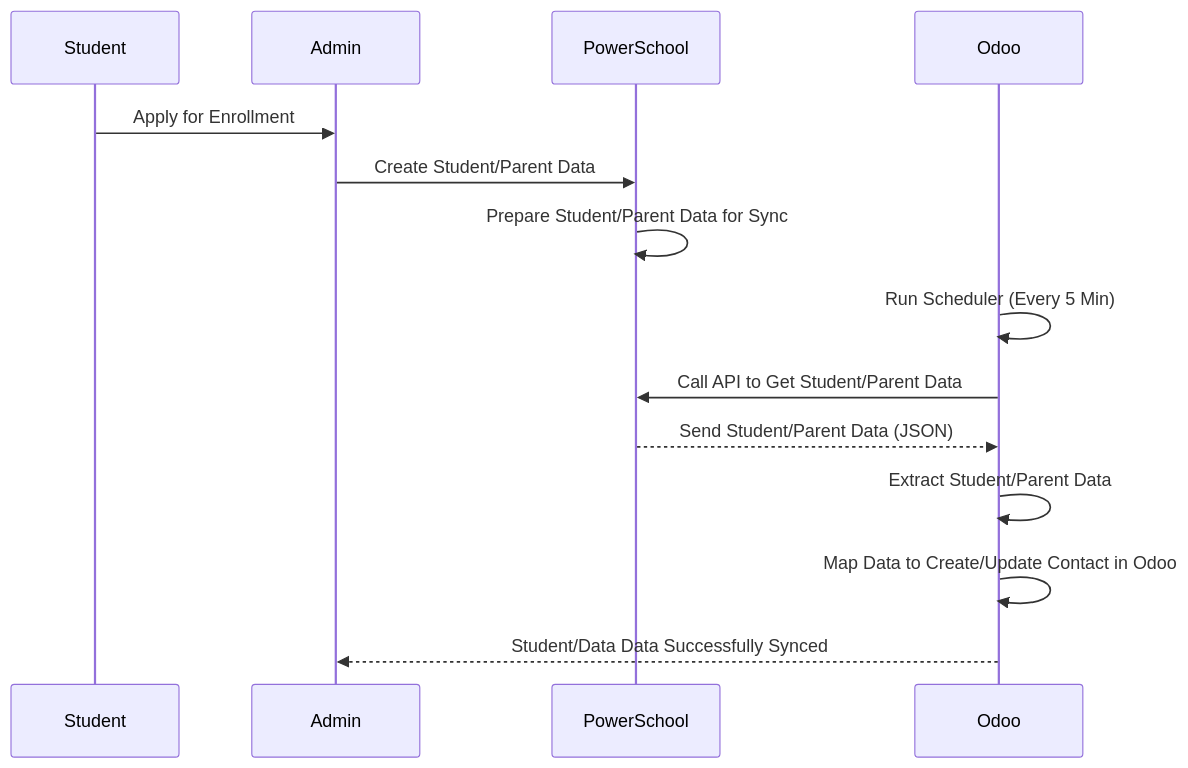
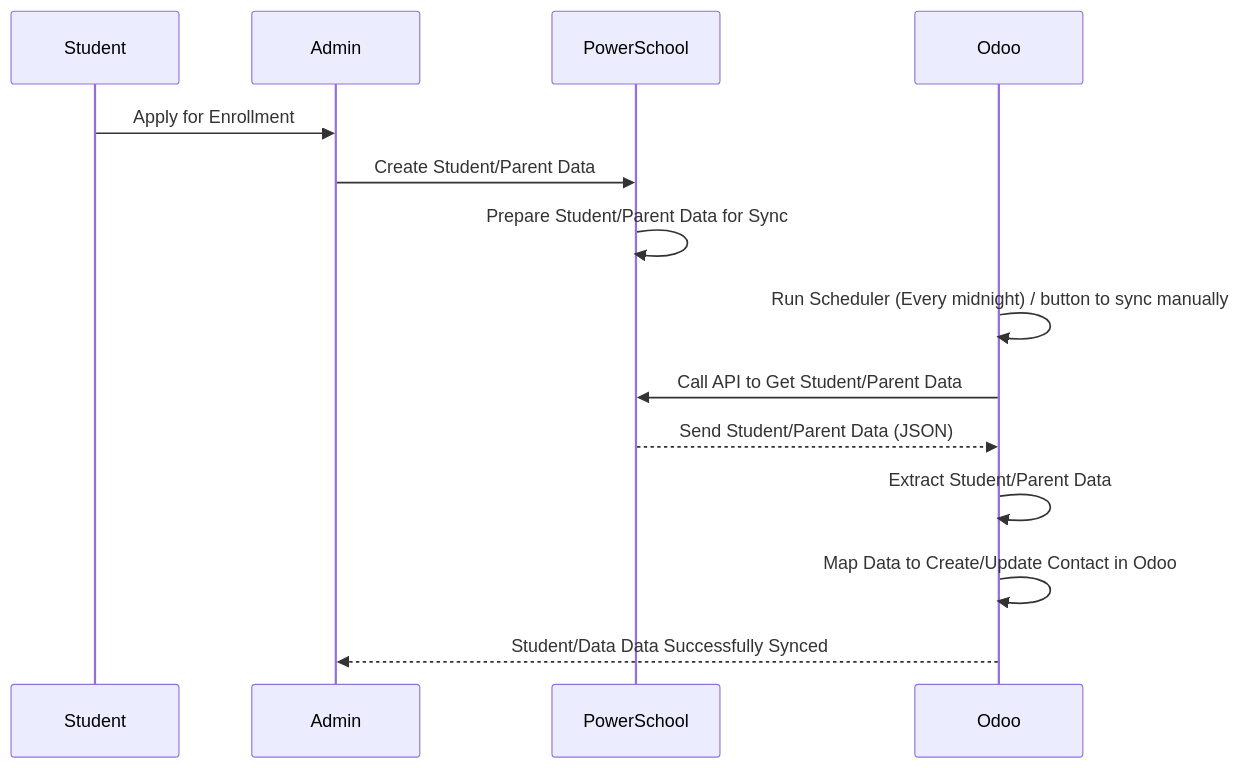
One commit to kamalyui9/lincoln_school changed the first of 3 diagrams in PowerSchool Provides Rest API.md. Above: the diagram before and after it, drawn with Mermaid.

Commit message:
Update PowerSchool Provides Rest API.md

````diff
--- a/PowerSchool Provides Rest API.md
+++ b/PowerSchool Provides Rest API.md
@@ -4,17 +4,17 @@
 ```mermaid
 sequenceDiagram
     participant Student as Student
     participant Admin as Admin
     participant PowerSchool as PowerSchool
     participant Odoo as Odoo
 
     Student->>Admin: Apply for Enrollment
     Admin->>PowerSchool: Create Student/Parent Data
     PowerSchool->>PowerSchool: Prepare Student/Parent Data for Sync
-    Odoo->>Odoo: Run Scheduler (Every 5 Min)
+    Odoo->>Odoo: Run Scheduler (Every midnight) / button to sync manually
     Odoo->>PowerSchool: Call API to Get Student/Parent Data
     PowerSchool-->>Odoo: Send Student/Parent Data (JSON)
     Odoo->>Odoo: Extract Student/Parent Data
     Odoo->>Odoo: Map Data to Create/Update Contact in Odoo
     Odoo-->>Admin: Student/Data Data Successfully Synced
 ```
````
